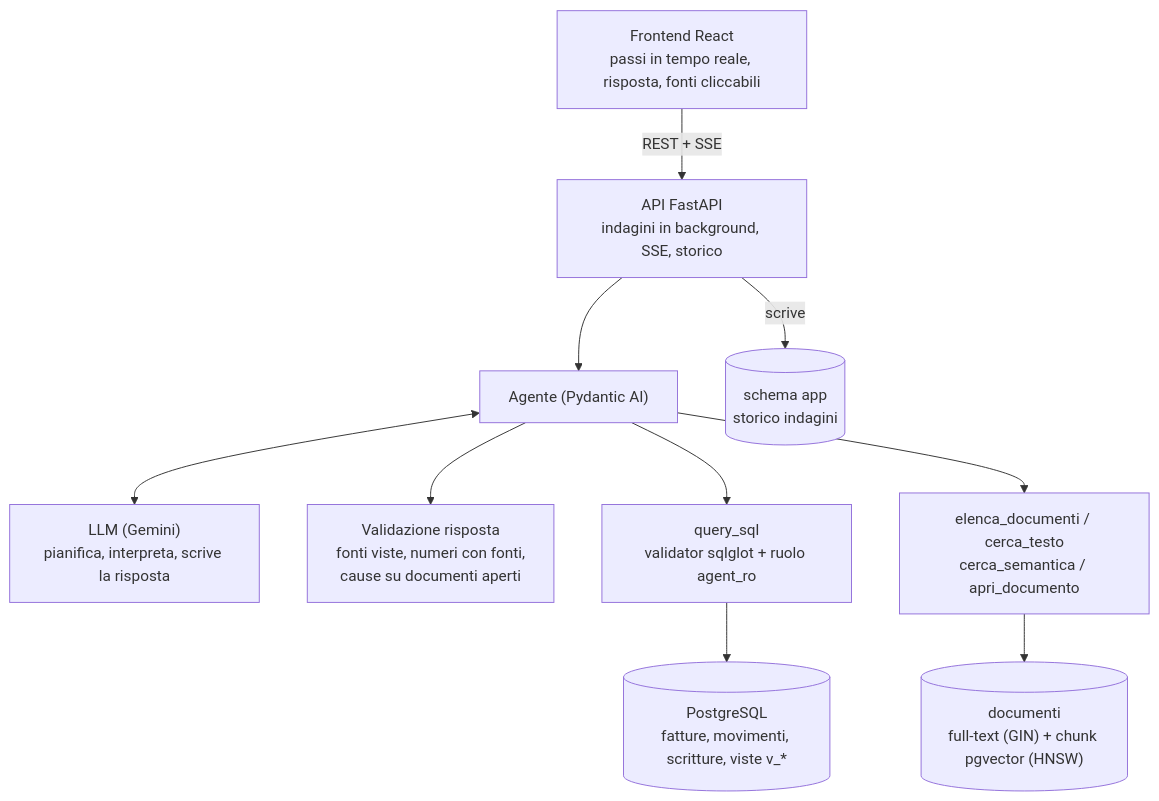
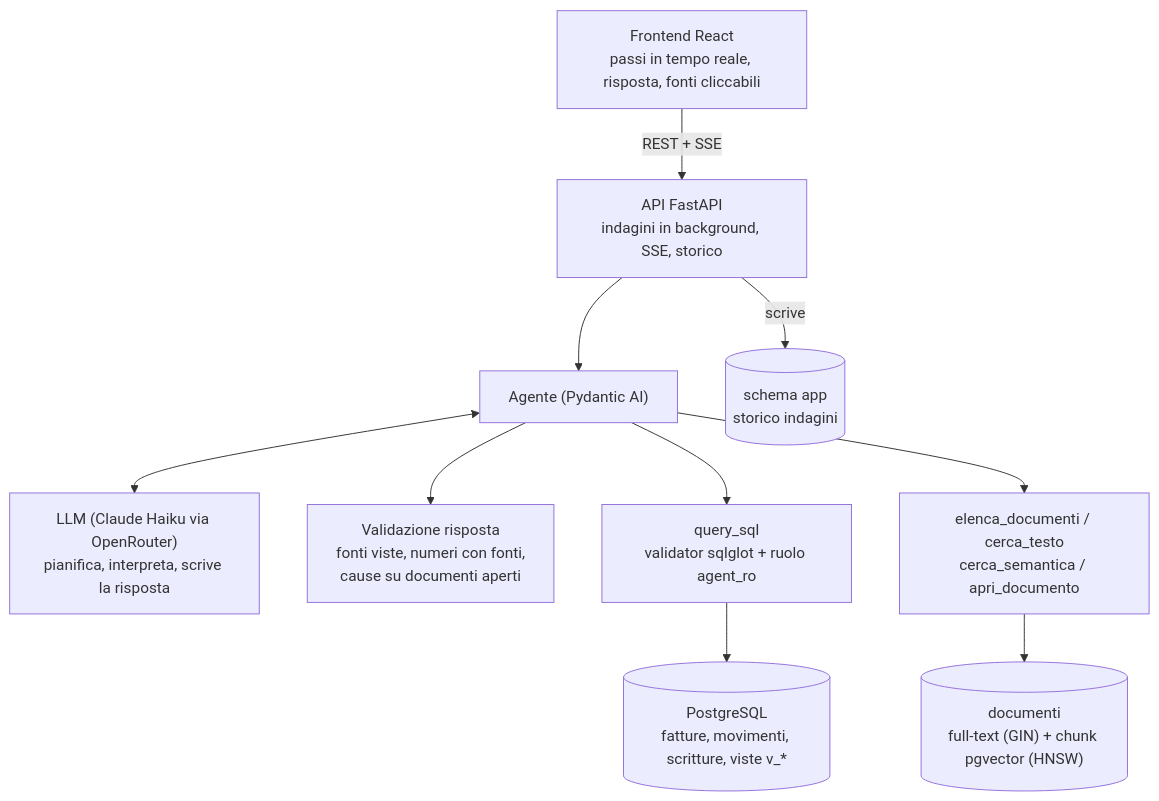
Before and after one commit to denkerito/agentic-rag: the diagram in README.md, drawn with Mermaid. The commit also changed other lines of this file, not shown here.

Commit message:
docs: README per Claude via OpenRouter

````diff
--- a/README.md
+++ b/README.md
@@ -86,21 +88,21 @@
 ```mermaid
 flowchart TD
     UI["Frontend React<br/>passi in tempo reale, risposta, fonti cliccabili"]
     API["API FastAPI<br/>indagini in background, SSE, storico"]
     AG["Agente (Pydantic AI)"]
-    LLM["LLM (Gemini)<br/>pianifica, interpreta, scrive la risposta"]
+    LLM["LLM (Claude Haiku via OpenRouter)<br/>pianifica, interpreta, scrive la risposta"]
     GUARD["Validazione risposta<br/>fonti viste, numeri con fonti,<br/>cause su documenti aperti"]
     SQL["query_sql<br/>validator sqlglot + ruolo agent_ro"]
     RAG["elenca_documenti / cerca_testo<br/>cerca_semantica / apri_documento"]
     PG[("PostgreSQL<br/>fatture, movimenti, scritture, viste v_*")]
     VEC[("documenti<br/>full-text (GIN) + chunk pgvector (HNSW)")]
     APP[("schema app<br/>storico indagini")]
 
     UI -->|REST + SSE| API
     API --> AG
     API -->|scrive| APP
     AG <--> LLM
     AG --> SQL --> PG
     AG --> RAG --> VEC
     AG --> GUARD
 ```
````
